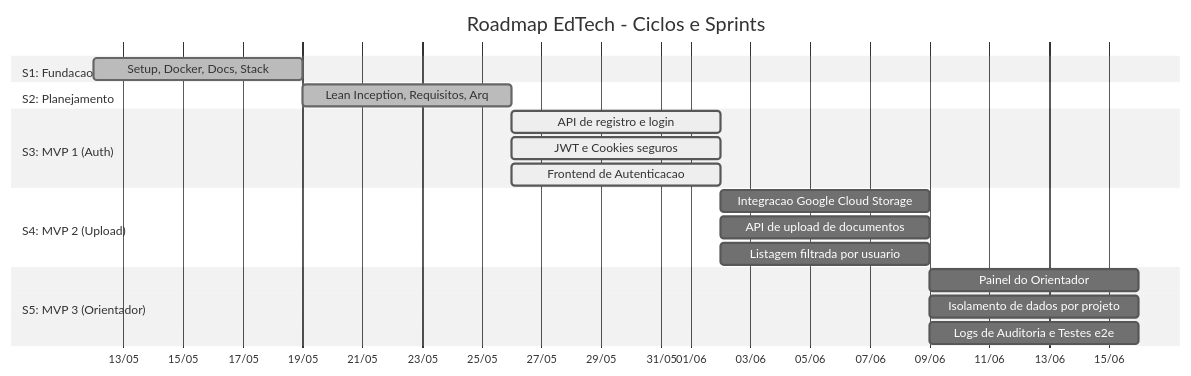
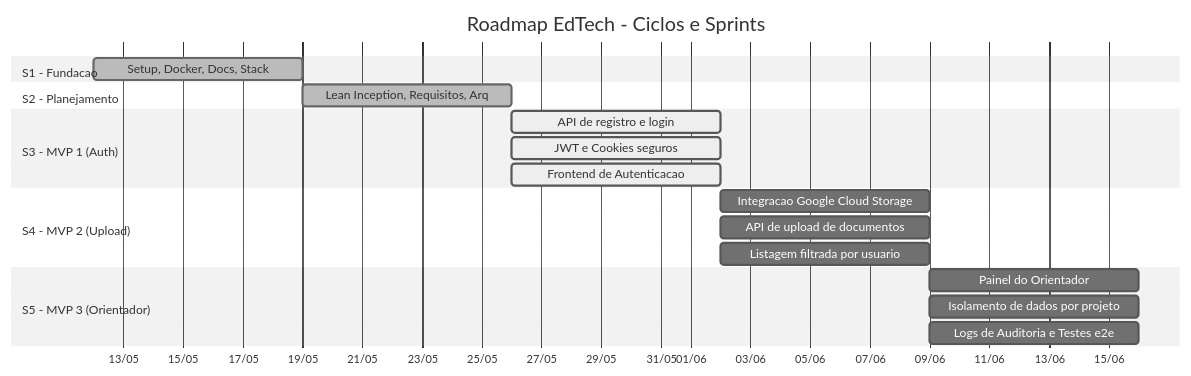
One commit to pedrohpsantos/EdTech changed the first of 3 diagrams in docs/planejamento/cronograma.md. Above: the diagram before and after it, drawn with Mermaid (neutral theme). The commit also changed other lines of this file and 5 other files, not shown here.

Commit message:
chore: refactor documentation Mermaid diagrams, update project metadata, and standardize schema types

````diff
--- a/docs/planejamento/cronograma.md
+++ b/docs/planejamento/cronograma.md
@@ -10,27 +9,27 @@
 ```mermaid
 gantt
     title Roadmap EdTech - Ciclos e Sprints
     dateFormat YYYY-MM-DD
     axisFormat %d/%m
 
-    section S1: Fundacao
+    section S1 - Fundacao
         Setup, Docker, Docs, Stack          :done, s1, 2026-05-12, 7d
 
-    section S2: Planejamento
+    section S2 - Planejamento
         Lean Inception, Requisitos, Arq     :done, s2, 2026-05-19, 7d
 
-    section S3: MVP 1 (Auth)
+    section S3 - MVP 1 (Auth)
         API de registro e login             :active, s3a, 2026-05-26, 7d
         JWT e Cookies seguros               :active, s3b, 2026-05-26, 7d
         Frontend de Autenticacao            :active, s3c, 2026-05-26, 7d
 
-    section S4: MVP 2 (Upload)
+    section S4 - MVP 2 (Upload)
         Integracao Google Cloud Storage     :s4a, 2026-06-02, 7d
         API de upload de documentos         :s4b, 2026-06-02, 7d
         Listagem filtrada por usuario       :s4c, 2026-06-02, 7d
 
-    section S5: MVP 3 (Orientador)
+    section S5 - MVP 3 (Orientador)
         Painel do Orientador                :s5a, 2026-06-09, 7d
         Isolamento de dados por projeto     :s5b, 2026-06-09, 7d
         Logs de Auditoria e Testes e2e      :s5c, 2026-06-09, 7d
 ```
````
